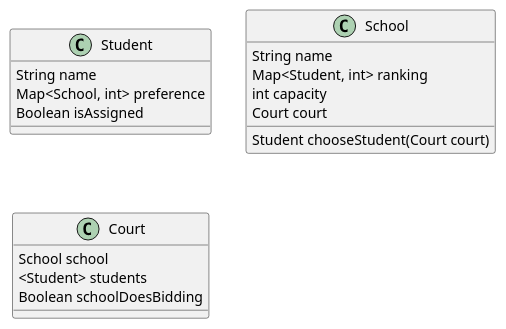
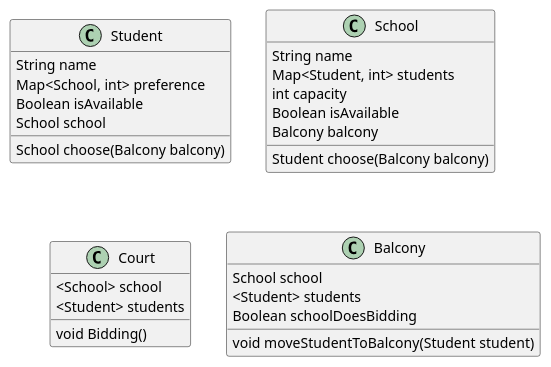
Before and after one commit to Paul-Arago/Graph-Project-1A: the diagram in README.md, drawn with PlantUML. The commit also changed other lines of this file, not shown here.

````diff
--- a/README.md
+++ b/README.md
@@ -3,23 +3,34 @@
 ```plantuml
 @startuml
 class Student {
     String name
     Map<School, int> preference 
-    Boolean isAssigned
+    Boolean isAvailable
+    School school
+    School choose(Balcony balcony)
 }
 
 class School {
     String name
-    Map<Student, int> ranking
+    Map<Student, int> students
     int capacity
-    Court court
-    Student chooseStudent(Court court)
+    Boolean isAvailable
+    Balcony balcony
+    Student choose(Balcony balcony)
 }
 
 class Court {
+    <School> school
+    <Student> students
+    void Bidding()
+}
+
+class Balcony {
     School school
     <Student> students
     Boolean schoolDoesBidding
+    void moveStudentToBalcony(Student student)
 }
+
 @enduml
 ```
````
